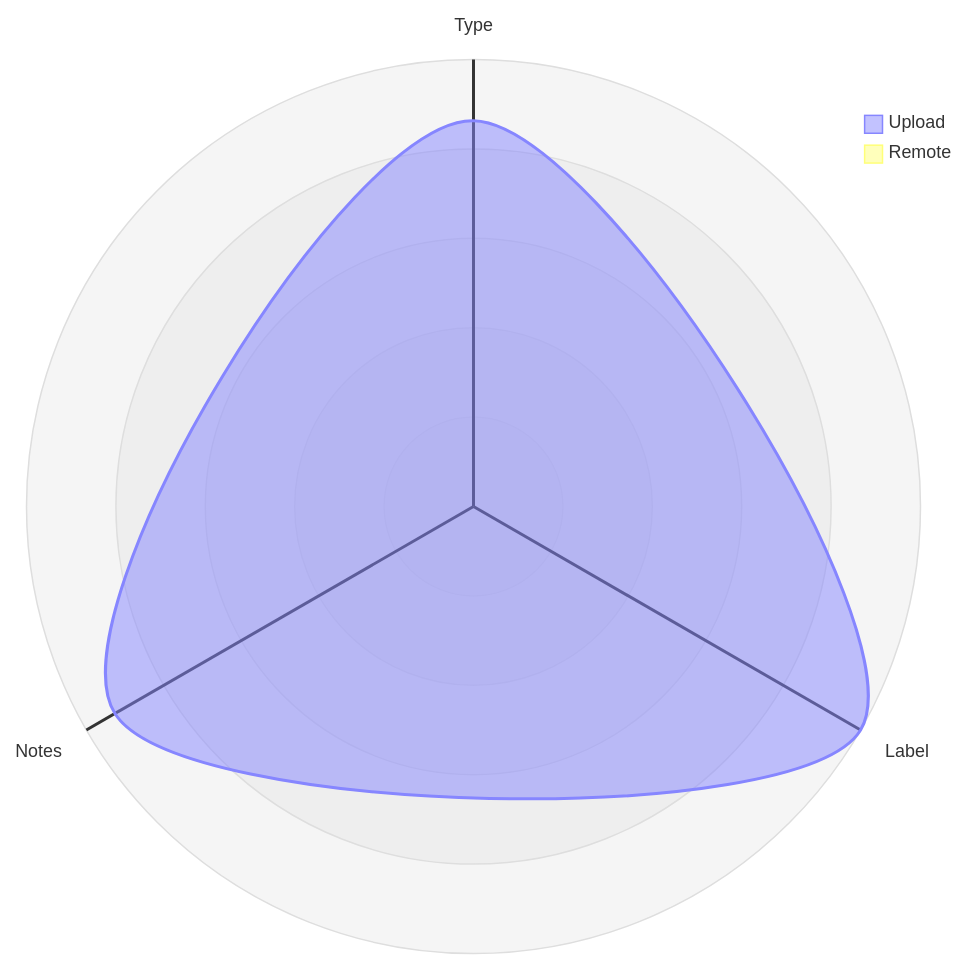
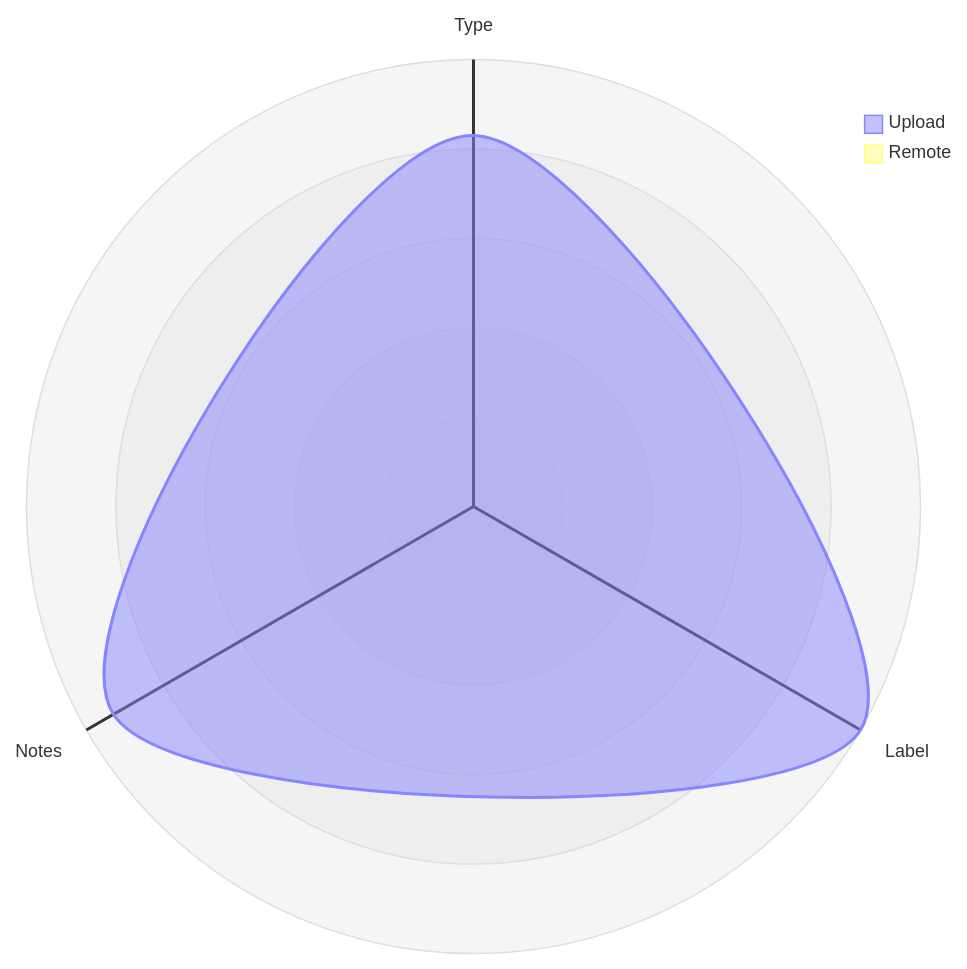
The third of 5 diagrams in datastore_tracker/README.md (open-data/analytics-corporate-reporting), drawn with Mermaid before and after one commit. The commit also changed other lines of this file and 10 other files, not shown here.

````diff
--- a/datastore_tracker/README.md
+++ b/datastore_tracker/README.md
@@ -106,12 +106,12 @@
 ```mermaid
 radar-beta
   axis T["Type"], L["Label"], N["Notes"]
-  curve u["Upload"]{0.00082, 0.00095, 0.00088}
+  curve u["Upload"]{0.00083, 0.001, 0.00093}
   curve r["Remote"]{0, 0, 0}
 
   showLegend true
 
   min 0
   graticule circle
   ticks 5
 ```
````
